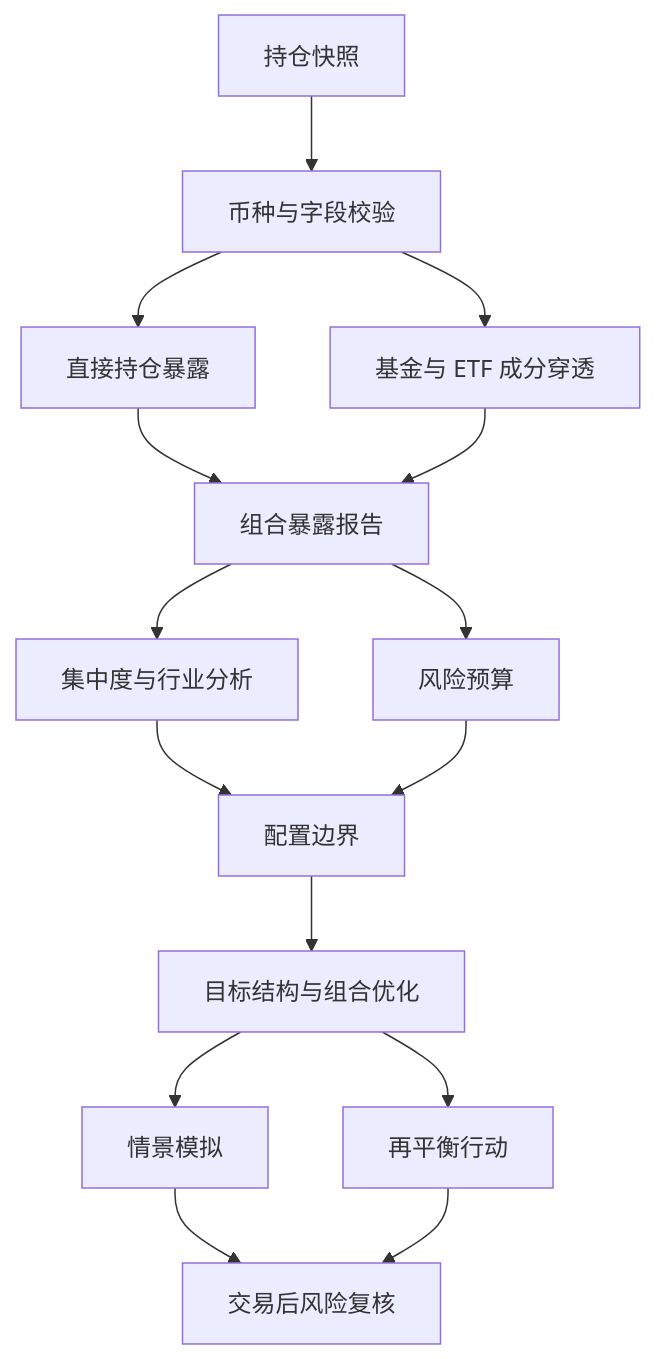
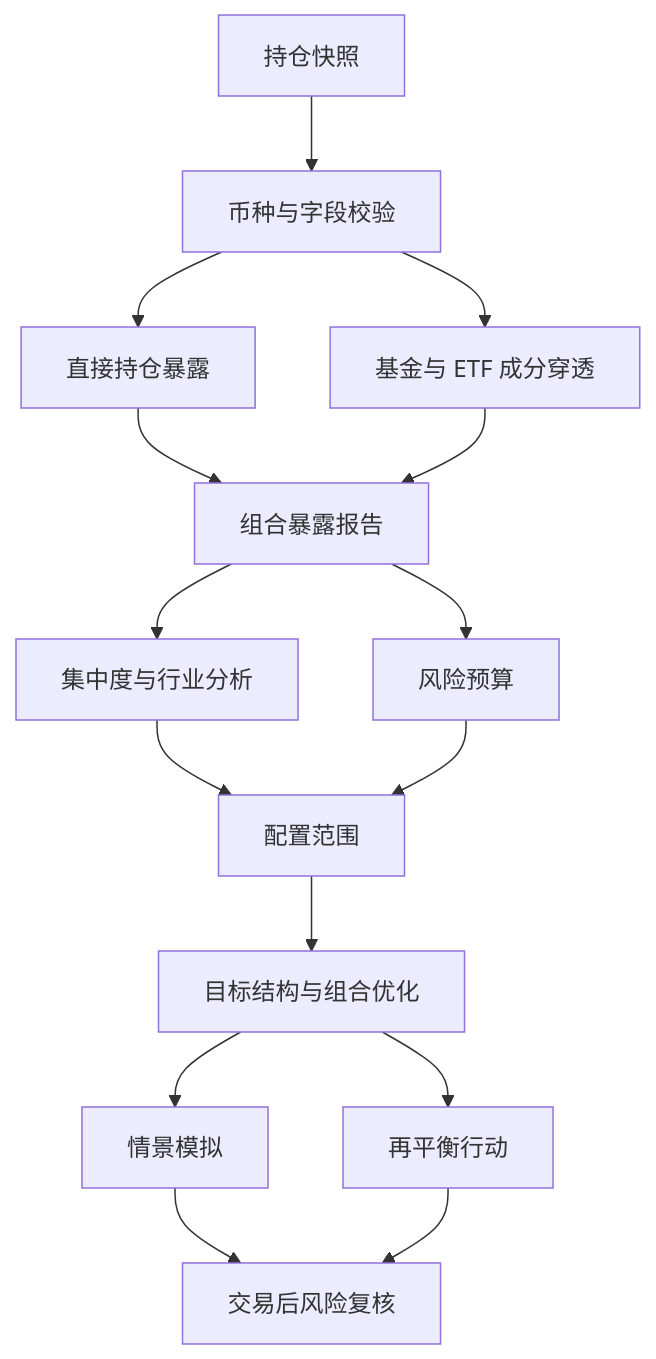
One commit to 1917173927/prism changed the third of 5 diagrams in docs/submission/competition-technical-solution.md. Above: the diagram before and after it, drawn with Mermaid. The commit also changed other lines of this file, not shown here.

````diff
--- a/docs/submission/competition-technical-solution.md
+++ b/docs/submission/competition-technical-solution.md
@@ -464,17 +487,17 @@
 ```mermaid
 flowchart TD
     A[持仓快照] --> B[币种与字段校验]
     B --> C[直接持仓暴露]
     B --> D[基金与 ETF 成分穿透]
     C --> E[组合暴露报告]
     D --> E
     E --> F[集中度与行业分析]
     E --> G[风险预算]
-    F --> H[配置边界]
+    F --> H[配置范围]
     G --> H
     H --> I[目标结构与组合优化]
     I --> J[情景模拟]
     I --> K[再平衡行动]
     J --> L[交易后风险复核]
     K --> L
 ```
````
